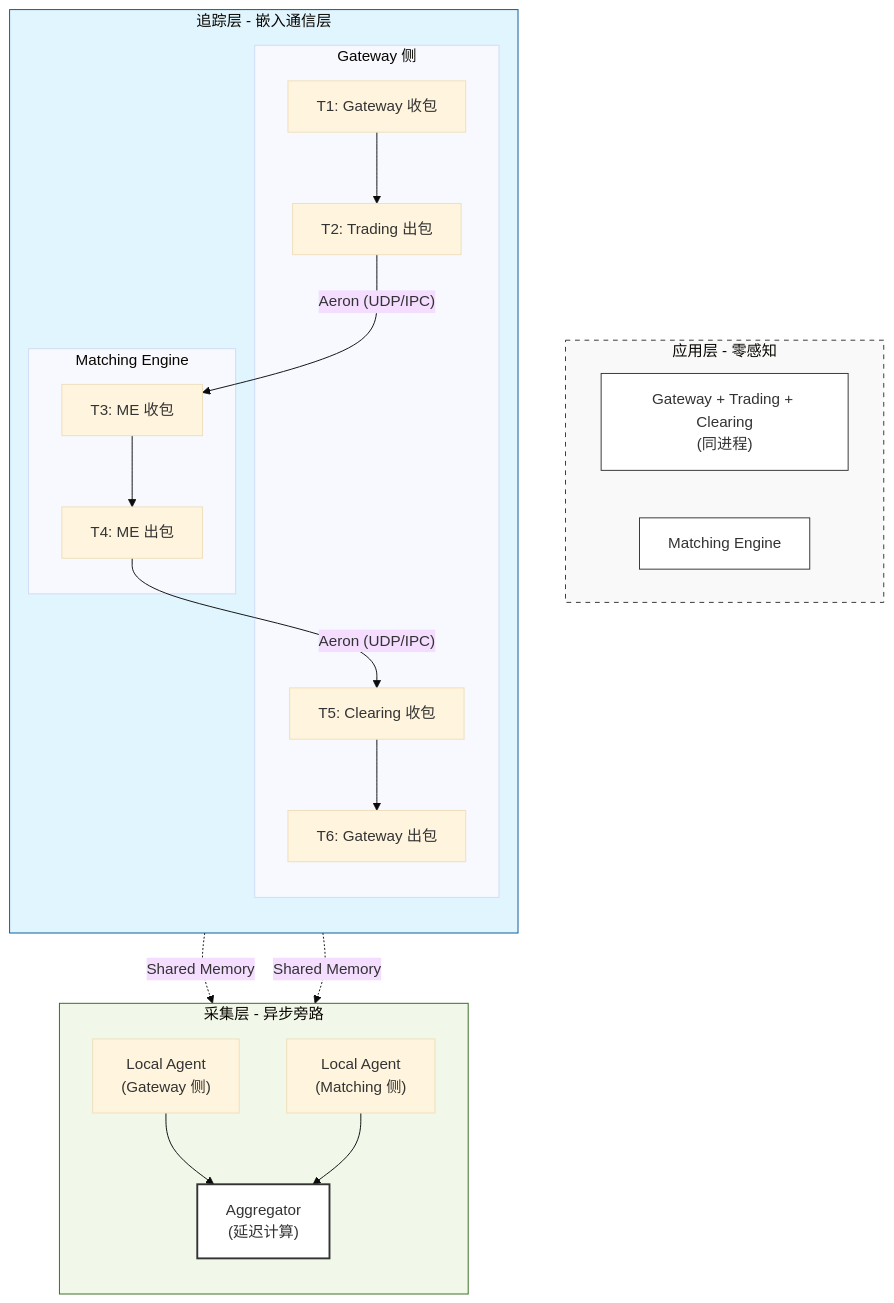
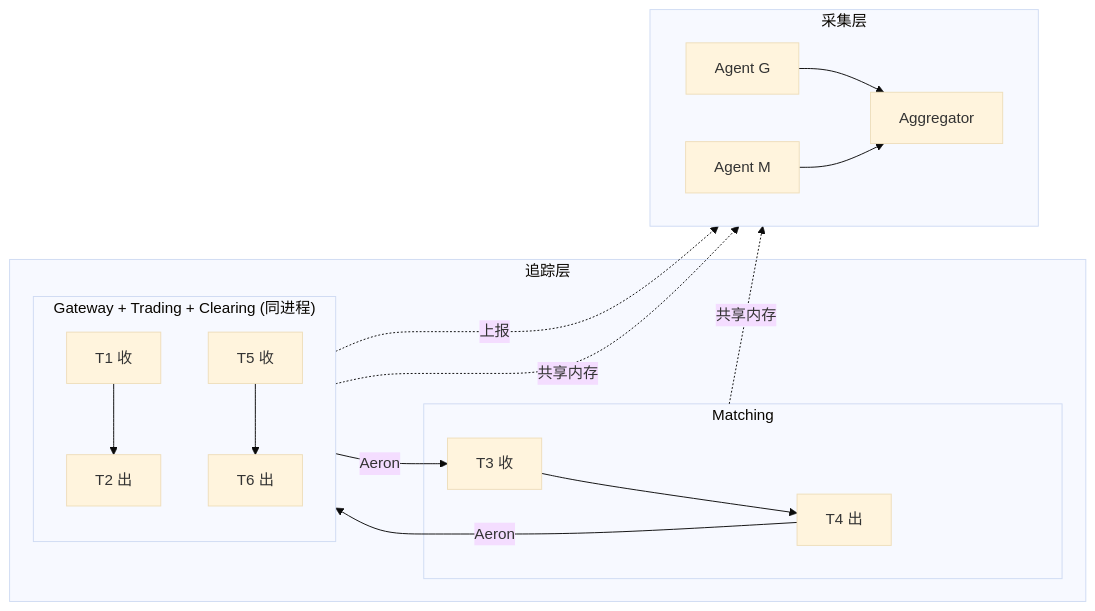
The diagram in docs/research/LOW_LATENCY_OBSERVABILITY.md (SkynetNext/exchange-cpp), drawn with Mermaid (base theme) before and after one commit.

Commit message:
docs: unify Gateway process label and layout in low-latency observability diagram

````diff
--- a/docs/research/LOW_LATENCY_OBSERVABILITY.md
+++ b/docs/research/LOW_LATENCY_OBSERVABILITY.md
@@ -116,49 +116,29 @@
 ```mermaid
-graph TD
-    subgraph Application_Layer [应用层 - 零感知]
-        direction LR
-        GTW["Gateway + Trading + Clearing<br/>(同进程)"]
-        ME["Matching Engine"]
+flowchart LR
+    subgraph TRACE["追踪层"]
+        subgraph GW["Gateway + Trading + Clearing (同进程)"]
+            direction TB
+            T1["T1 收"] --> T2["T2 出"]
+            T5["T5 收"] --> T6["T6 出"]
+        end
+        subgraph ME["Matching"]
+            T3["T3 收"] --> T4["T4 出"]
+        end
+        T2 -->|Aeron| T3
+        T4 -->|Aeron| T5
     end
 
-    subgraph Tracing_Layer [追踪层 - 嵌入通信层]
-        direction TB
-        subgraph Node_A [Gateway 侧]
-            T1["T1: Gateway 收包"]
-            T2["T2: Trading 出包"]
-            T5["T5: Clearing 收包"]
-            T6["T6: Gateway 出包"]
-            T1 --> T2
-            T5 --> T6
-        end
+    T6 -.上报.-> AGG
 
-        subgraph Node_B [Matching Engine]
-            T3["T3: ME 收包"]
-            T4["T4: ME 出包"]
-            T3 --> T4
-        end
-
-        T2 -- "Aeron (UDP/IPC)" --> T3
-        T4 -- "Aeron (UDP/IPC)" --> T5
+    subgraph COLLECT["采集层"]
+        direction LR
+        A1["Agent G"]
+        A2["Agent M"]
+        AGG["Aggregator"]
+        A1 --> AGG
+        A2 --> AGG
     end
 
-    subgraph Collection_Layer [采集层 - 异步旁路]
-        direction TB
-        AgentA["Local Agent<br/>(Gateway 侧)"]
-        AgentB["Local Agent<br/>(Matching 侧)"]
-        Agg["Aggregator<br/>(延迟计算)"]
-
-        Node_A -. "Shared Memory" .-> AgentA
-        Node_B -. "Shared Memory" .-> AgentB
-        AgentA --> Agg
-        AgentB --> Agg
-    end
-
-    %% 样式美化
-    style Application_Layer fill:#f9f9f9,stroke:#333,stroke-dasharray: 5 5
-    style Tracing_Layer fill:#e1f5fe,stroke:#01579b
-    style Collection_Layer fill:#f1f8e9,stroke:#33691e
-    style GTW fill:#fff,stroke:#333
-    style ME fill:#fff,stroke:#333
-    style Agg fill:#fff,stroke:#333,stroke-width:2px
+    GW -.共享内存.-> A1
+    ME -.共享内存.-> A2
 ```
````
